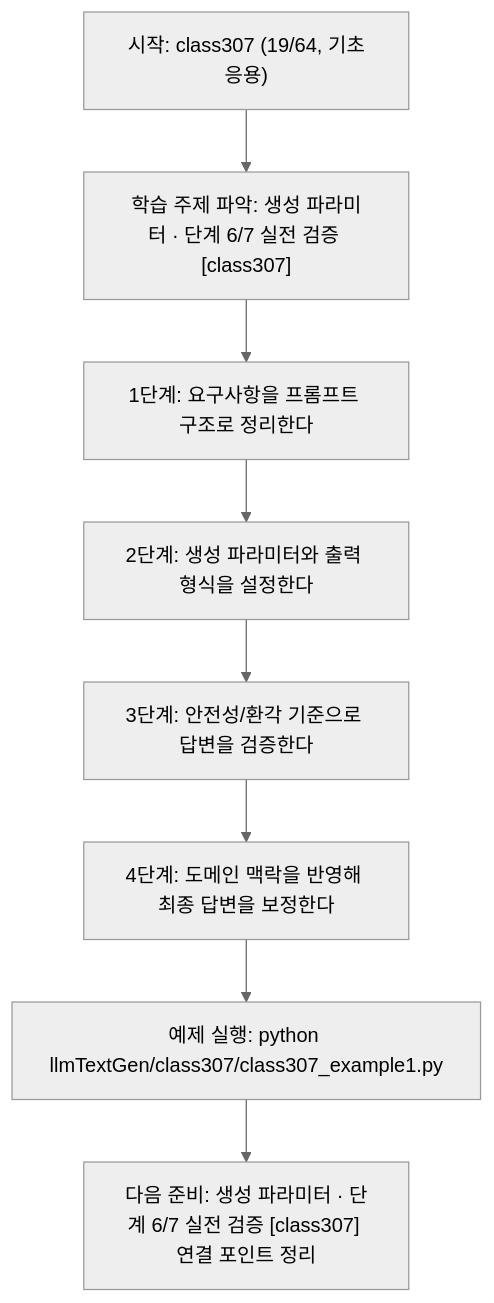
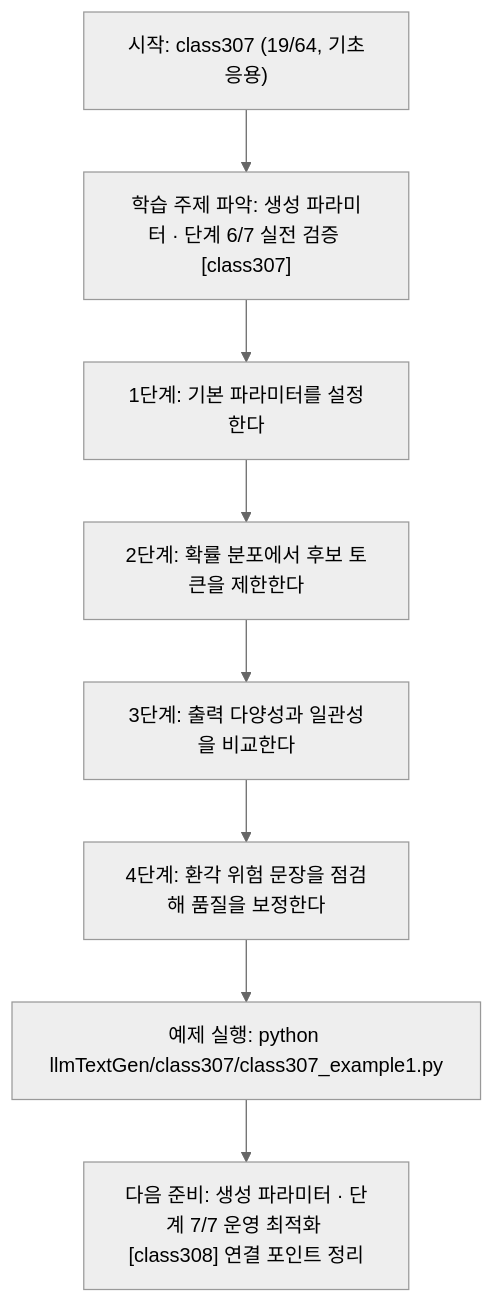
The diagram in llmTextGen/class307/class307.md (edumgt/Python-AI_Agent-Class), drawn with Mermaid (neutral theme) before and after one commit. The commit also changed other lines of this file and 451 other files, not shown here.

````diff
--- a/llmTextGen/class307/class307.md
+++ b/llmTextGen/class307/class307.md
@@ -113,18 +95,18 @@
 ```mermaid
 flowchart TD
 N1["시작: class307 (19/64, 기초응용)"]
 N2["학습 주제 파악: 생성 파라미터 · 단계 6/7 실전 검증 [class307]"]
-N3["1단계: 요구사항을 프롬프트 구조로 정리한다"]
-N4["2단계: 생성 파라미터와 출력 형식을 설정한다"]
-N5["3단계: 안전성/환각 기준으로 답변을 검증한다"]
-N6["4단계: 도메인 맥락을 반영해 최종 답변을 보정한다"]
+N3["1단계: 기본 파라미터를 설정한다"]
+N4["2단계: 확률 분포에서 후보 토큰을 제한한다"]
+N5["3단계: 출력 다양성과 일관성을 비교한다"]
+N6["4단계: 환각 위험 문장을 점검해 품질을 보정한다"]
 N7["예제 실행: python llmTextGen/class307/class307_example1.py"]
-N8["다음 준비: 생성 파라미터 · 단계 6/7 실전 검증 [class307] 연결 포인트 정리"]
+N8["다음 준비: 생성 파라미터 · 단계 7/7 운영 최적화 [class308] 연결 포인트 정리"]
 N1 --> N2
 N2 --> N3
 N3 --> N4
 N4 --> N5
 N5 --> N6
 N6 --> N7
 N7 --> N8
 ```
````
